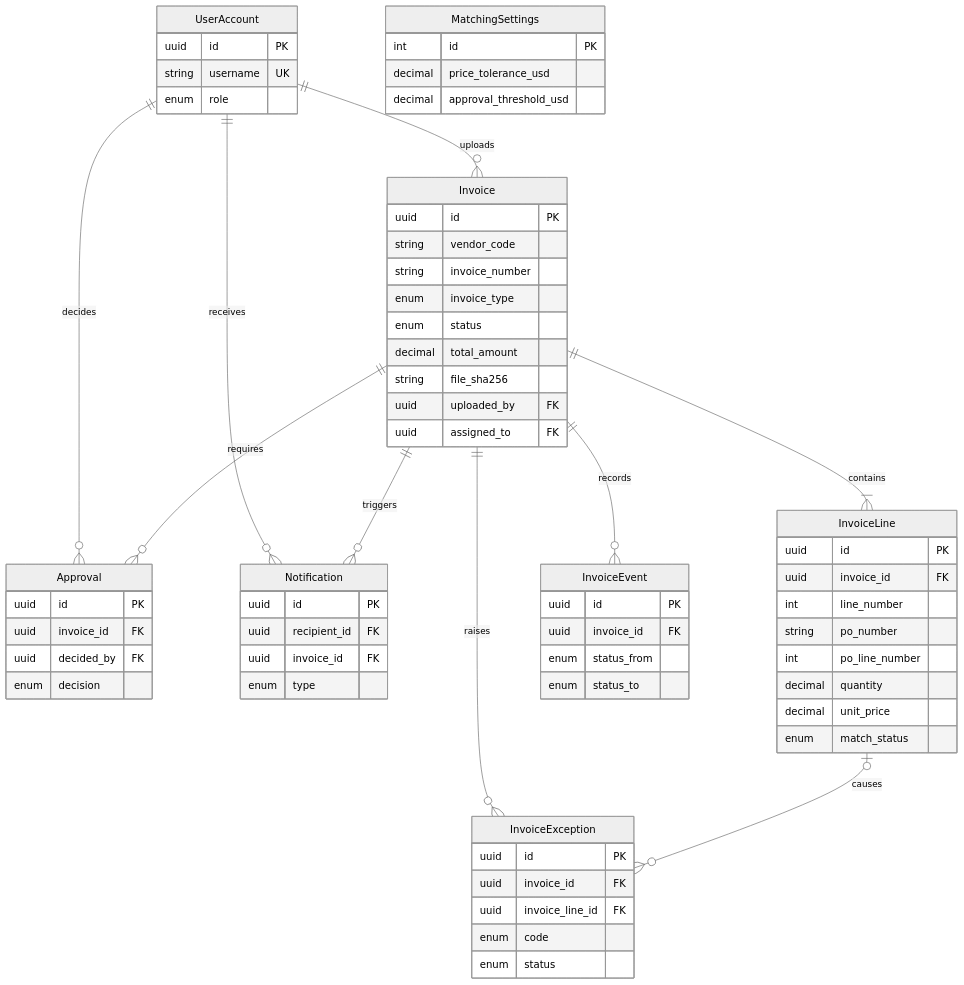
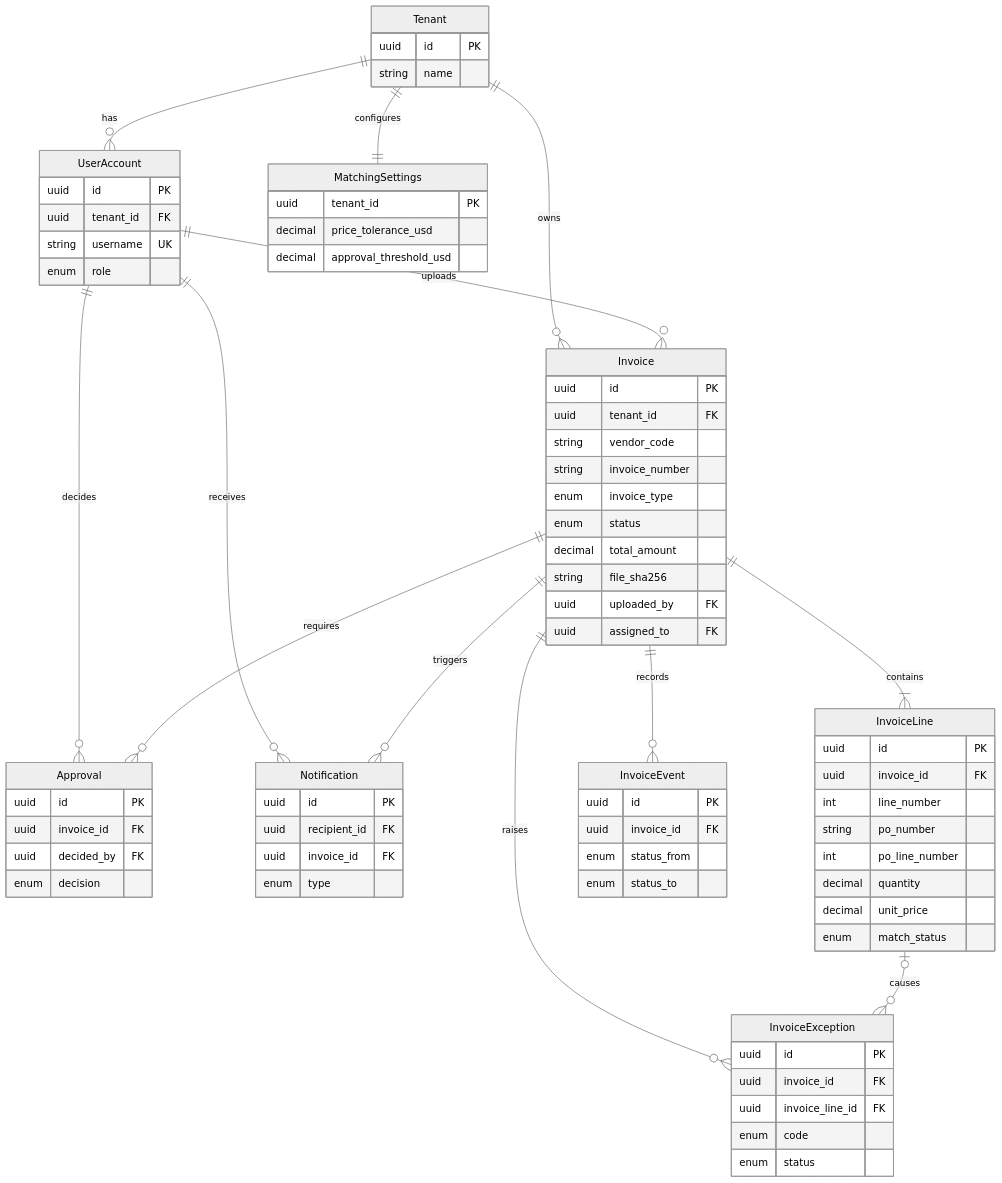
One commit to jiri-nguyen/SAPS changed the first of 2 diagrams in docs/02-architecture/data-model.md. Above: the diagram before and after it, drawn with Mermaid (neutral theme). The commit also changed other lines of this file and 3 other files, not shown here.

````diff
--- a/docs/02-architecture/data-model.md
+++ b/docs/02-architecture/data-model.md
@@ -29,69 +31,78 @@
 ```mermaid
 erDiagram
+    Tenant ||--o{ UserAccount : "has"
+    Tenant ||--o{ Invoice : "owns"
+    Tenant ||--|| MatchingSettings : "configures"
     UserAccount ||--o{ Invoice : "uploads"
     UserAccount ||--o{ Approval : "decides"
     UserAccount ||--o{ Notification : "receives"
     Invoice ||--|{ InvoiceLine : "contains"
     Invoice ||--o{ InvoiceException : "raises"
     InvoiceLine |o--o{ InvoiceException : "causes"
     Invoice ||--o{ Approval : "requires"
     Invoice ||--o{ InvoiceEvent : "records"
     Invoice ||--o{ Notification : "triggers"
 
+    Tenant {
+        uuid id PK
+        string name
+    }
     UserAccount {
         uuid id PK
+        uuid tenant_id FK
         string username UK
         enum role
     }
     Invoice {
         uuid id PK
+        uuid tenant_id FK
         string vendor_code
         string invoice_number
         enum invoice_type
         enum status
         decimal total_amount
         string file_sha256
         uuid uploaded_by FK
         uuid assigned_to FK
     }
     InvoiceLine {
         uuid id PK
         uuid invoice_id FK
         int line_number
         string po_number
         int po_line_number
         decimal quantity
         decimal unit_price
         enum match_status
     }
     InvoiceException {
         uuid id PK
         uuid invoice_id FK
         uuid invoice_line_id FK
         enum code
         enum status
     }
     Approval {
         uuid id PK
         uuid invoice_id FK
         uuid decided_by FK
         enum decision
     }
     InvoiceEvent {
         uuid id PK
         uuid invoice_id FK
         enum status_from
         enum status_to
     }
     Notification {
         uuid id PK
         uuid recipient_id FK
         uuid invoice_id FK
         enum type
     }
     MatchingSettings {
-        int id PK
+        uuid tenant_id PK
         decimal price_tolerance_usd
         decimal approval_threshold_usd
     }
 ```
````
